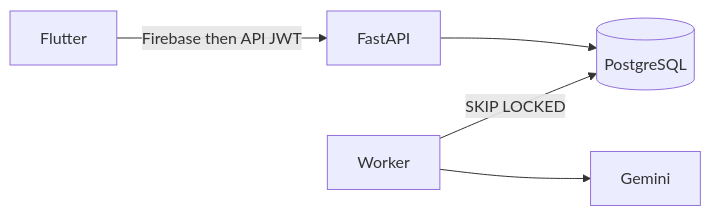
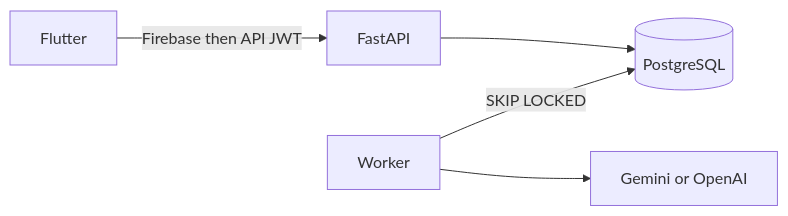
Before and after one commit to dezwier/learnfromai: the first of 2 diagrams in docs/ARCHITECTURE.md, drawn with Mermaid. The commit also changed other lines of this file and 16 other files, not shown here.

````diff
--- a/docs/ARCHITECTURE.md
+++ b/docs/ARCHITECTURE.md
@@ -5,12 +5,12 @@
 ```mermaid
 flowchart LR
   flutter[Flutter]
   api[FastAPI]
   worker[Worker]
   db[(PostgreSQL)]
-  gemini[Gemini]
+  llm[Gemini or OpenAI]
   flutter -->|Firebase then API JWT| api
   api --> db
   worker -->|SKIP LOCKED| db
-  worker --> gemini
+  worker --> llm
 ```
````
